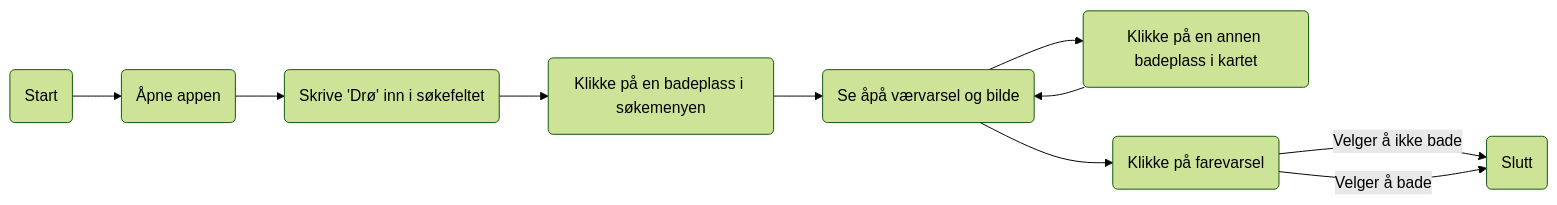
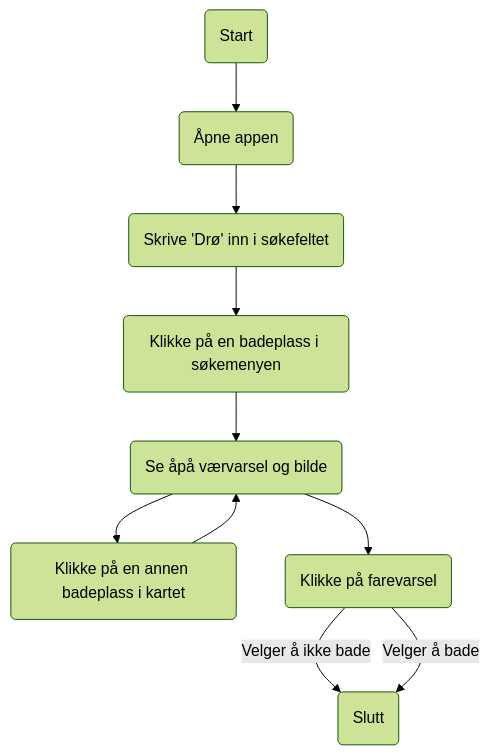
The diagram in MODELING.md (priyanshuaroraa1/Android-studio-sysdev), drawn with Mermaid (forest theme) before and after one commit.

````diff
--- a/MODELING.md
+++ b/MODELING.md
@@ -1,19 +1,19 @@
 ```mermaid
-flowchart LR
+flowchart TD
 %% Nodes
     A(Start)
     B(Åpne appen)
     C(Skrive 'Drø' inn i søkefeltet)
     D(Klikke på en badeplass i søkemenyen)
     E(Se åpå værvarsel og bilde)
     F(Klikke på en annen badeplass i kartet)
     G(Klikke på farevarsel)
     H(Slutt)
 
 %% Edge connections between nodes
     A --> B --> C --> D --> E 
     E --> F --> E
     E --> G
     G -- Velger å ikke bade --> H
     G -- Velger å bade --> H
 ```
````
